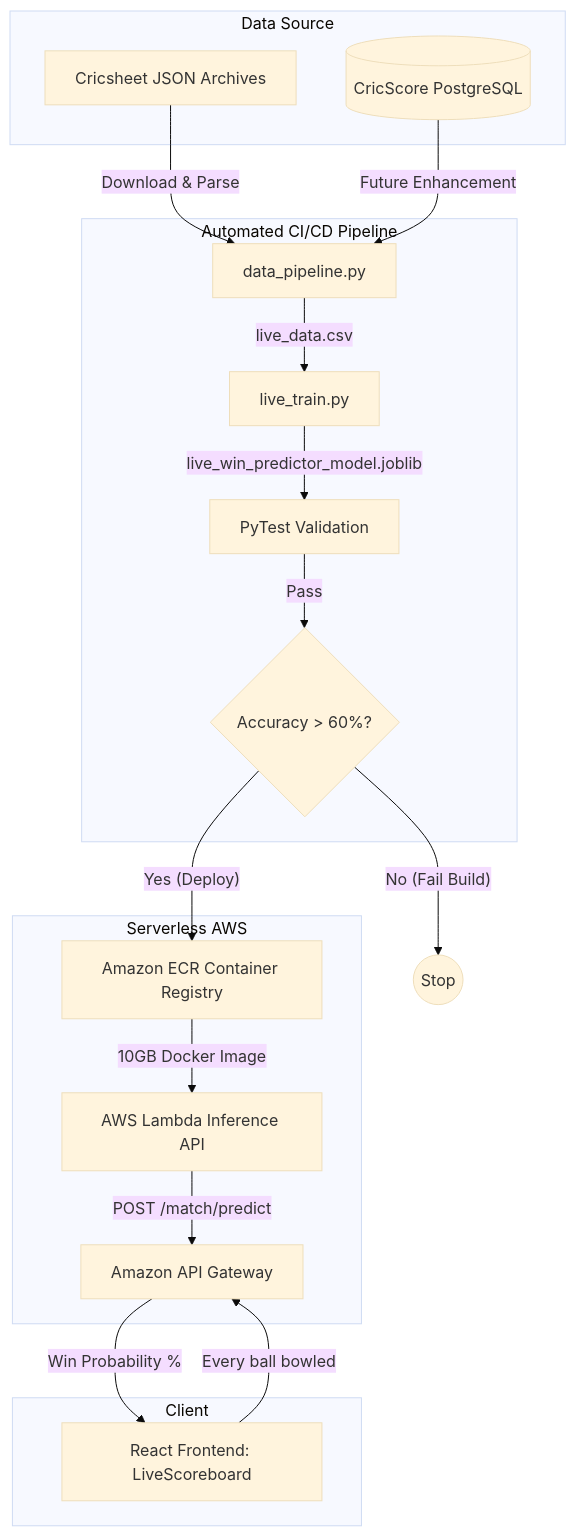
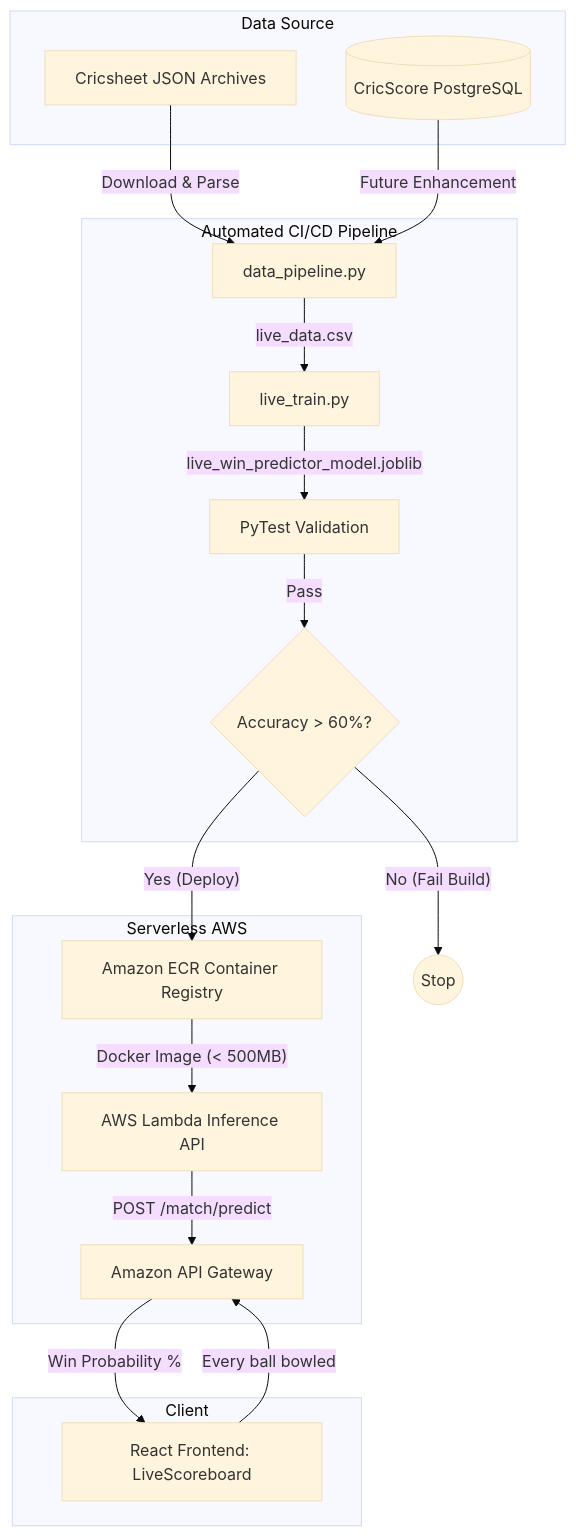
One commit to venkatesh-singamsetty/cricscore changed the diagram in docs/mlops_tutorial.md. Above: the diagram before and after it, drawn with Mermaid (base theme). The commit also changed other lines of this file and 1 other file, not shown here.

````diff
--- a/docs/mlops_tutorial.md
+++ b/docs/mlops_tutorial.md
@@ -11,42 +11,42 @@
 ```mermaid
 graph TD
     %% Define Data Flow
     subgraph Data Source
         Cricsheet[Cricsheet JSON Archives]
         DB[(CricScore PostgreSQL)]
     end
 
     %% Define Training Pipeline (GitHub Actions)
     subgraph GitHub Actions [Automated CI/CD Pipeline]
         DP[data_pipeline.py]
         LT[live_train.py]
         TEST[PyTest Validation]
         GATE{Accuracy > 60%?}
     end
 
     %% Define Deployment
     subgraph AWS Deployment [Serverless AWS]
         ECR[Amazon ECR Container Registry]
         LAMBDA[AWS Lambda Inference API]
         APIGW[Amazon API Gateway]
     end
 
     %% Frontend App
     subgraph Client
         UI[React Frontend: LiveScoreboard]
     end
 
     %% Connections
     Cricsheet -- Download & Parse --> DP
     DB -- Future Enhancement --> DP
     DP -- "live_data.csv" --> LT
     LT -- "live_win_predictor_model.joblib" --> TEST
     TEST -- Pass --> GATE
     GATE -- "Yes (Deploy)" --> ECR
     GATE -- "No (Fail Build)" --> STOP((Stop))
 
-    ECR -- "10GB Docker Image" --> LAMBDA
+    ECR -- "Docker Image (< 500MB)" --> LAMBDA
     LAMBDA -- "POST /match/predict" --> APIGW
     UI -- "Every ball bowled" --> APIGW
     APIGW -- "Win Probability %" --> UI
 ```
````
